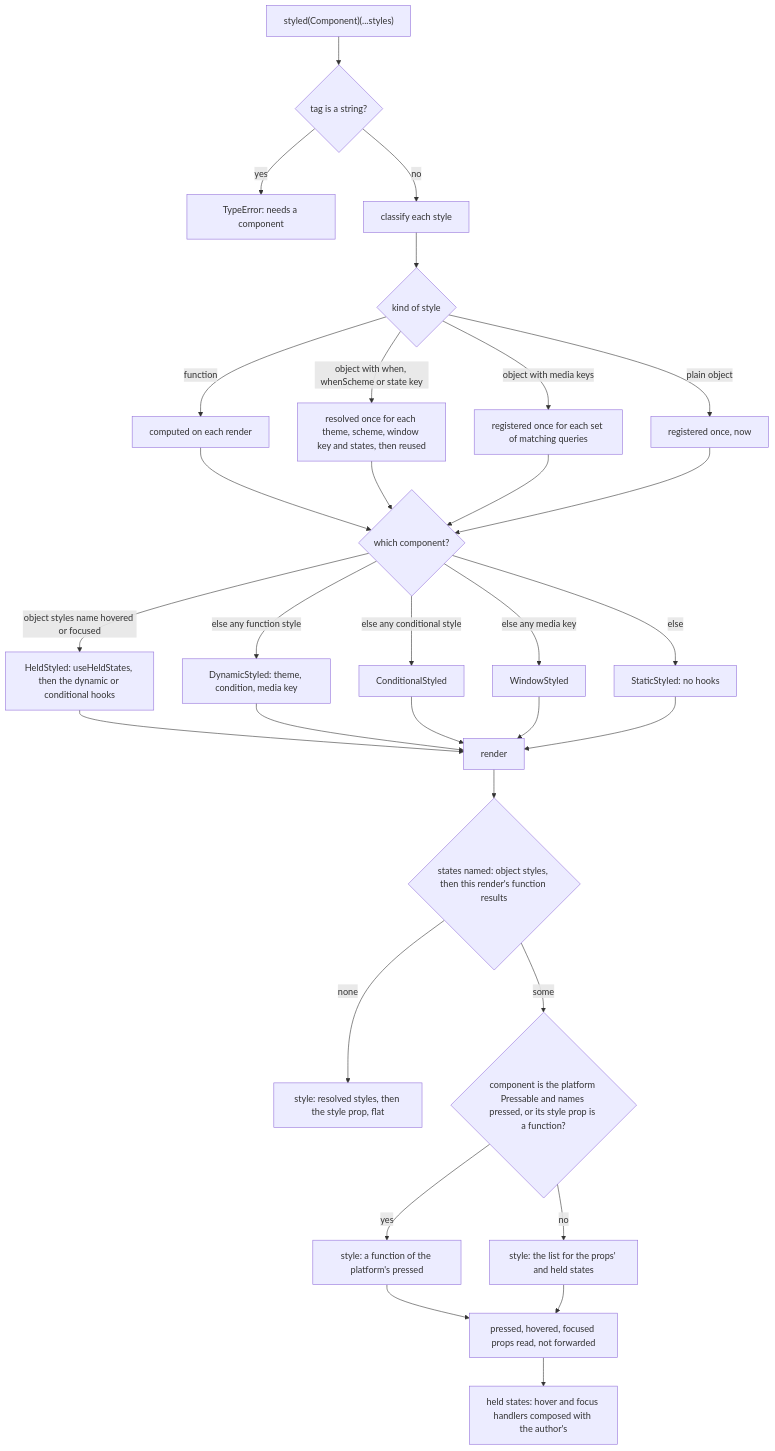
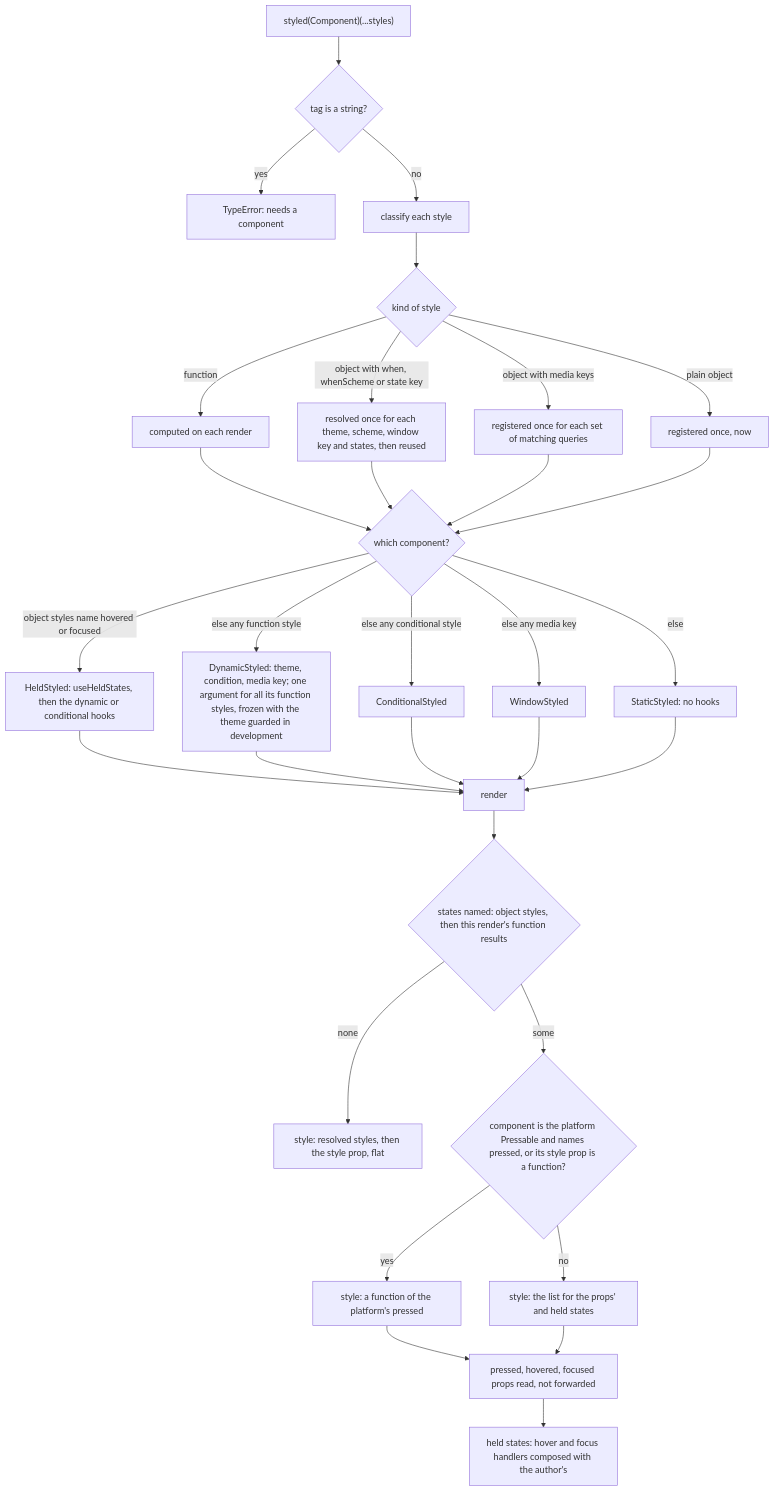
The first of 2 diagrams in packages/react-native/src/styled.md (soroush-tech/umber-style), drawn with Mermaid before and after one commit. The commit also changed other lines of this file and 50 other files, not shown here.

Commit message:
feat: the style functions of an element share one argument per render, the theme a function gets cannot be written in development, and the helpers the bindings share move to @umber-style/core/internal - close #69

````diff
--- a/packages/react-native/src/styled.md
+++ b/packages/react-native/src/styled.md
@@ -22,33 +22,33 @@
 ```mermaid
 flowchart TD
   def["styled(Component)(...styles)"] --> tag{"tag is a string?"}
   tag -->|"yes"| throw["TypeError: needs a component"]
   tag -->|"no"| kinds["classify each style"]
   kinds --> k{"kind of style"}
   k -->|"function"| fn["computed on each render"]
   k -->|"object with when, whenScheme or state key"| cond["resolved once for each theme, scheme, window key and states, then reused"]
   k -->|"object with media keys"| win["registered once for each set of matching queries"]
   k -->|"plain object"| fixed["registered once, now"]
   fn --> pick{"which component?"}
   cond --> pick
   win --> pick
   fixed --> pick
   pick -->|"object styles name hovered or focused"| held["HeldStyled: useHeldStates, then the dynamic or conditional hooks"]
-  pick -->|"else any function style"| dyn["DynamicStyled: theme, condition, media key"]
+  pick -->|"else any function style"| dyn["DynamicStyled: theme, condition, media key; one argument for all its function styles, frozen with the theme guarded in development"]
   pick -->|"else any conditional style"| cnd["ConditionalStyled"]
   pick -->|"else any media key"| wnd["WindowStyled"]
   pick -->|"else"| stat["StaticStyled: no hooks"]
   held --> render["render"]
   dyn --> render
   cnd --> render
   wnd --> render
   stat --> render
   render --> used{"states named: object styles, then this render's function results"}
   used -->|"none"| arr["style: resolved styles, then the style prop, flat"]
   used -->|"some"| pressable{"component is the platform Pressable and names pressed, or its style prop is a function?"}
   pressable -->|"yes"| fnStyle["style: a function of the platform's pressed"]
   pressable -->|"no"| stateArr["style: the list for the props' and held states"]
   fnStyle --> consume["pressed, hovered, focused props read, not forwarded"]
   stateArr --> consume
   consume --> handlersNode["held states: hover and focus handlers composed with the author's"]
 ```
````
